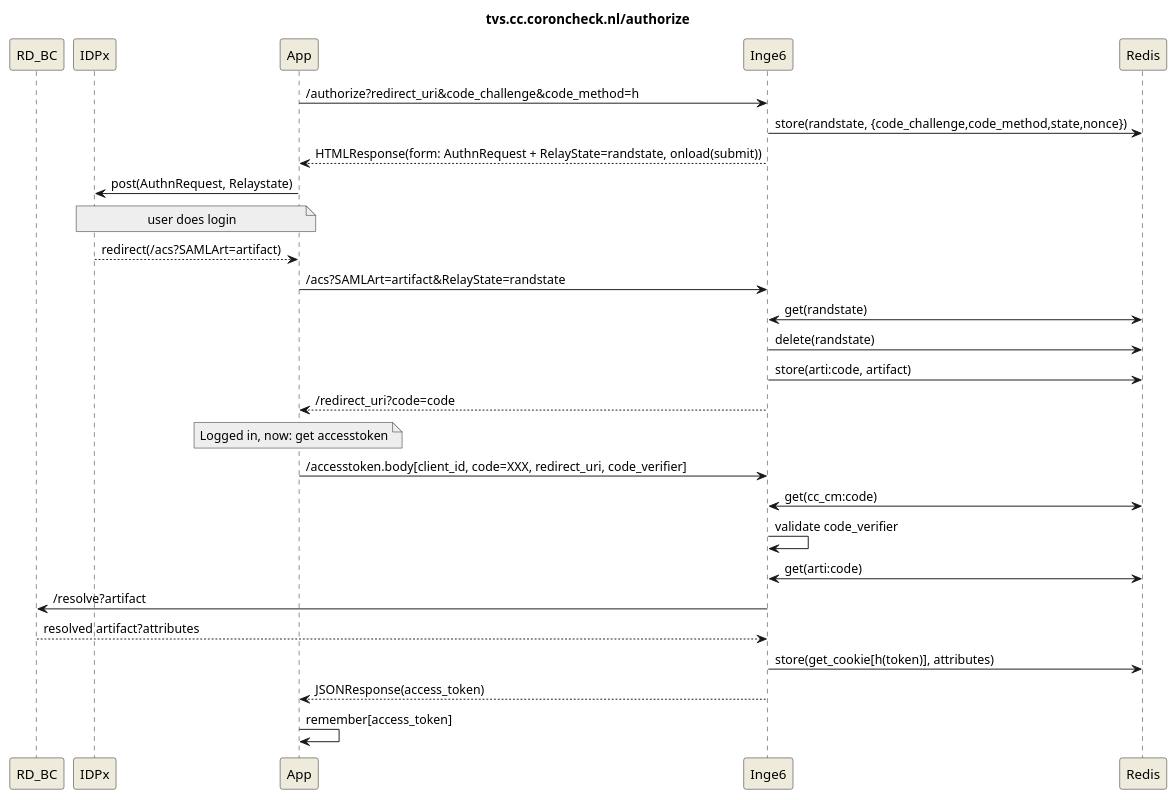
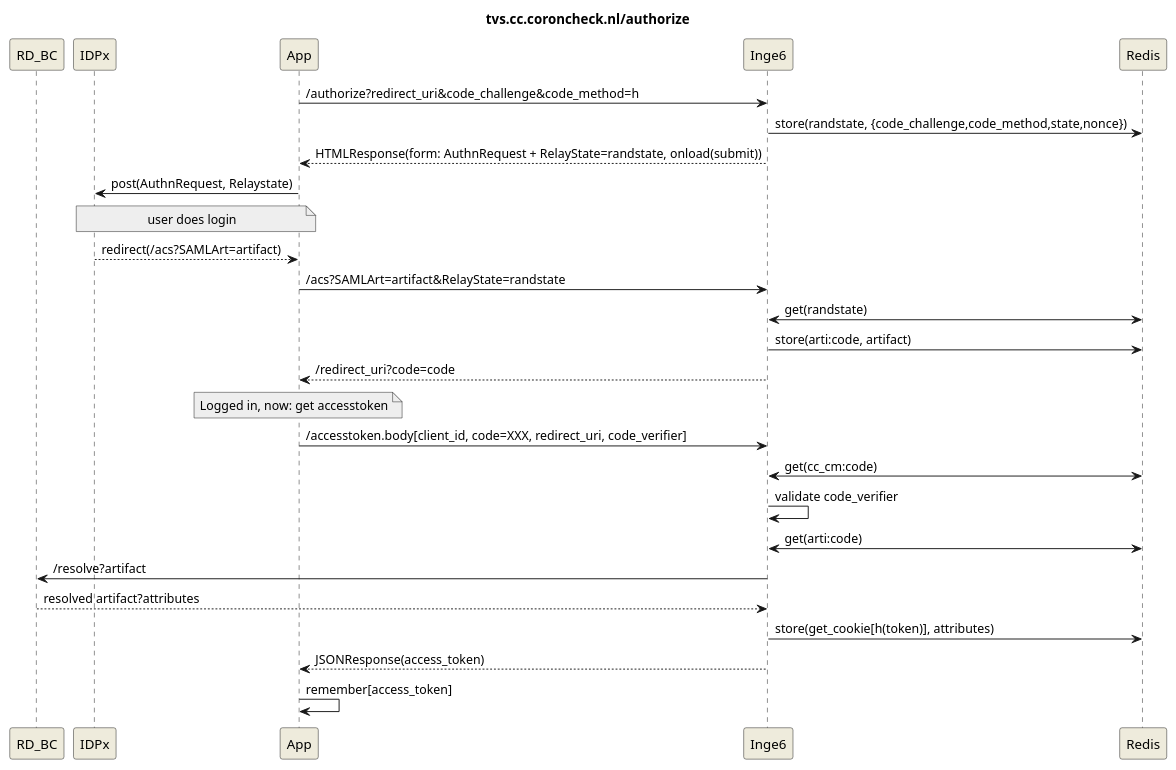
One commit to minvws/nl-rdo-max changed the diagram in docs/tvs-oidc-puml.wsd. Above: the diagram before and after it, drawn with PlantUML. The commit also changed 1 other file, not shown here.

Commit message:
upgrade pyop and docs diagram

```diff
--- a/docs/tvs-oidc-puml.wsd
+++ b/docs/tvs-oidc-puml.wsd
@@ -1,40 +1,39 @@
 @startuml
 title tvs.cc.coroncheck.nl/authorize
 
 skinparam backgroundColor white
 skinparam participantBackgroundColor #EEEBDC
 skinparam noteBackgroundColor #EEE
 
 participant RD_BC
 participant IDPx
 participant App
 
 App->Inge6:/authorize?redirect_uri&code_challenge&code_method=h
 Inge6->Redis:store(randstate, {code_challenge,code_method,state,nonce})
 Inge6-->App:HTMLResponse(form: AuthnRequest + RelayState=randstate, onload(submit))
 
 App->IDPx:post(AuthnRequest, Relaystate)
 note over App, IDPx:user does login
 IDPx-->App:redirect(/acs?SAMLArt=artifact)
 App->Inge6:/acs?SAMLArt=artifact&RelayState=randstate
 
 Inge6<->Redis:get(randstate)
-Inge6->Redis:delete(randstate)
 
 Inge6->Redis:store(arti:code, artifact)
 Inge6-->App:/redirect_uri?code=code
 
 note over App: Logged in, now: get accesstoken
 App->Inge6:/accesstoken.body[client_id, code=XXX, redirect_uri, code_verifier]
 Redis<->Inge6:get(cc_cm:code)
 Inge6->Inge6:validate code_verifier
 
 Redis<->Inge6:get(arti:code)
 Inge6->RD_BC:/resolve?artifact
 Inge6<--RD_BC:resolved artifact?attributes
 
 Inge6->Redis:store(get_cookie[h(token)], attributes)
 
 Inge6-->App:JSONResponse(access_token)
 App->App:remember[access_token]
 @enduml
```
